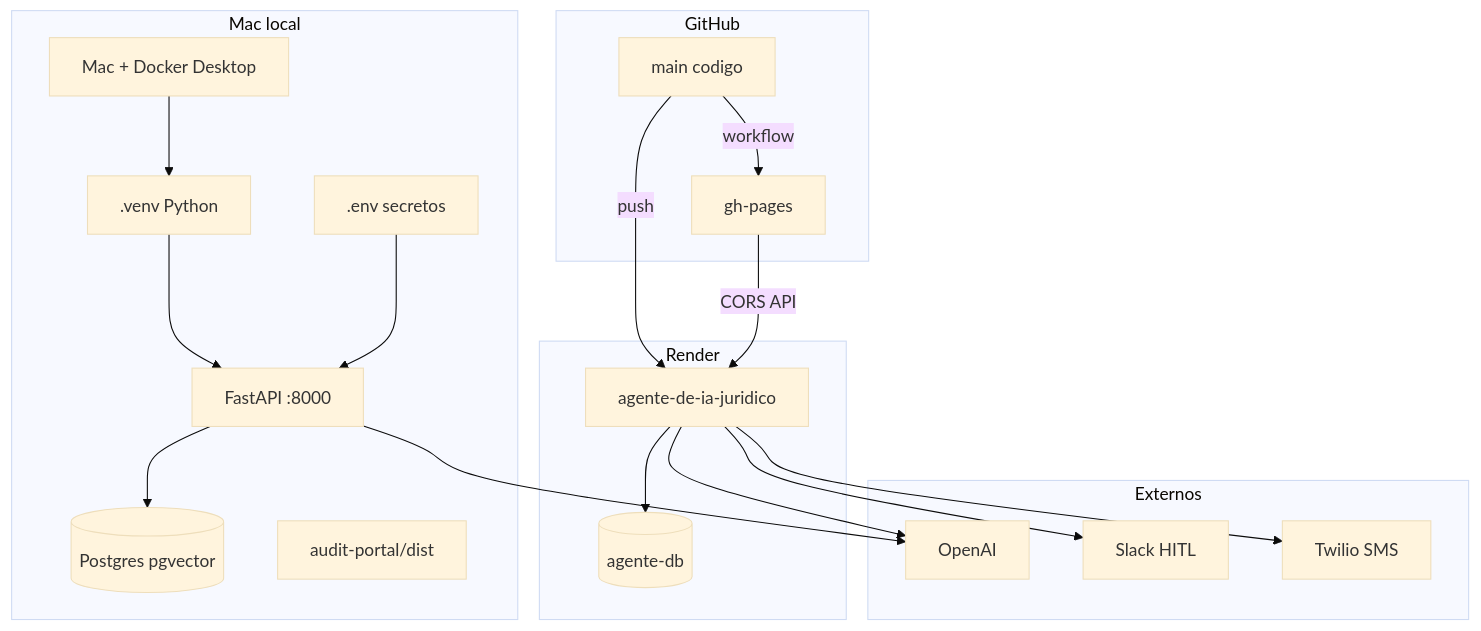
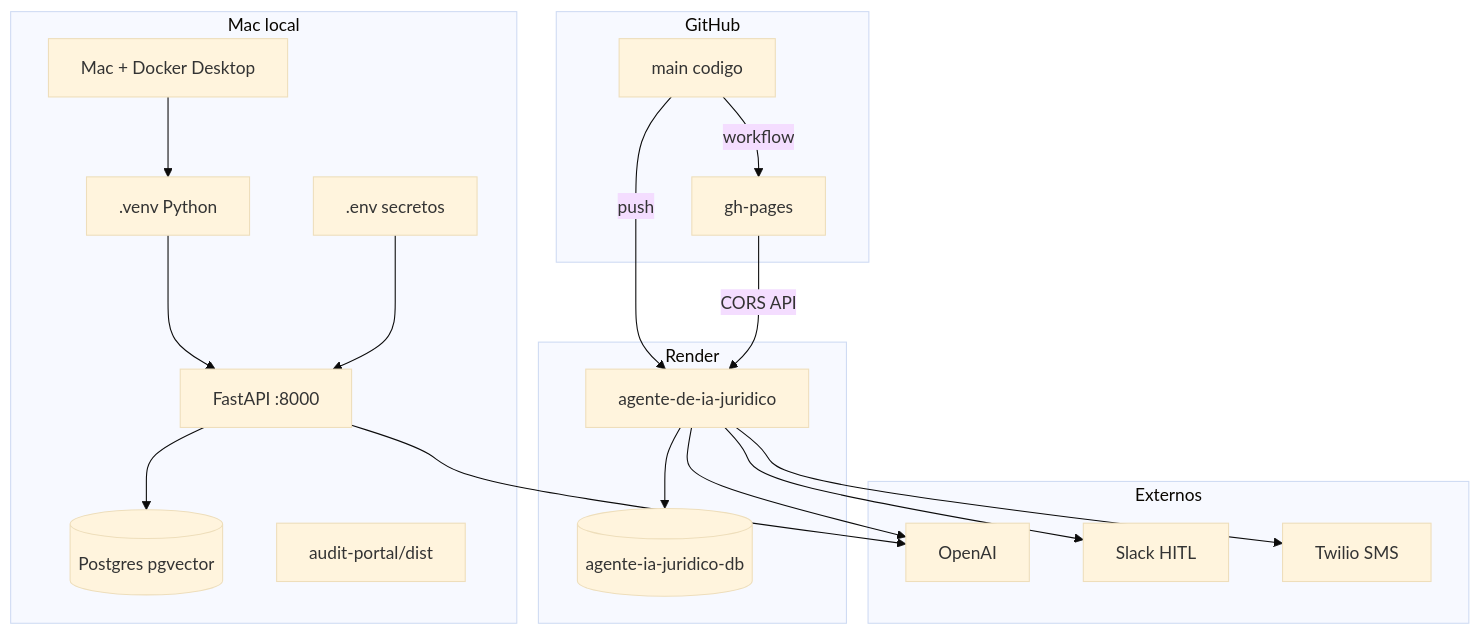
Before and after one commit to rdebiasec/agente-de-ia-juridico: the diagram in docs/operaciones/PLAN_DESASTRE.md, drawn with Mermaid (base theme). The commit also changed other lines of this file and 4 other files, not shown here.

````diff
--- a/docs/operaciones/PLAN_DESASTRE.md
+++ b/docs/operaciones/PLAN_DESASTRE.md
@@ -29,39 +29,39 @@
 ```mermaid
 flowchart TB
   subgraph local [Mac local]
     Mac[Mac + Docker Desktop]
     Venv[.venv Python]
     EnvFile[.env secretos]
     App[FastAPI :8000]
     PGlocal[(Postgres pgvector)]
     Dist[audit-portal/dist]
   end
 
   subgraph git [GitHub]
     Repo[main codigo]
     GhPages[gh-pages]
   end
 
   subgraph render [Render]
     Web[agente-de-ia-juridico]
-    PGprod[(agente-db)]
+    PGprod[(agente-ia-juridico-db)]
   end
 
   subgraph external [Externos]
     OpenAI[OpenAI]
     Slack[Slack HITL]
     Twilio[Twilio SMS]
   end
 
   Mac --> Venv --> App
   EnvFile --> App
   App --> PGlocal
   Repo -->|push| Web
   Repo -->|workflow| GhPages
   Web --> PGprod
   GhPages -->|CORS API| Web
   App --> OpenAI
   Web --> OpenAI
   Web --> Slack
   Web --> Twilio
 ```
````
